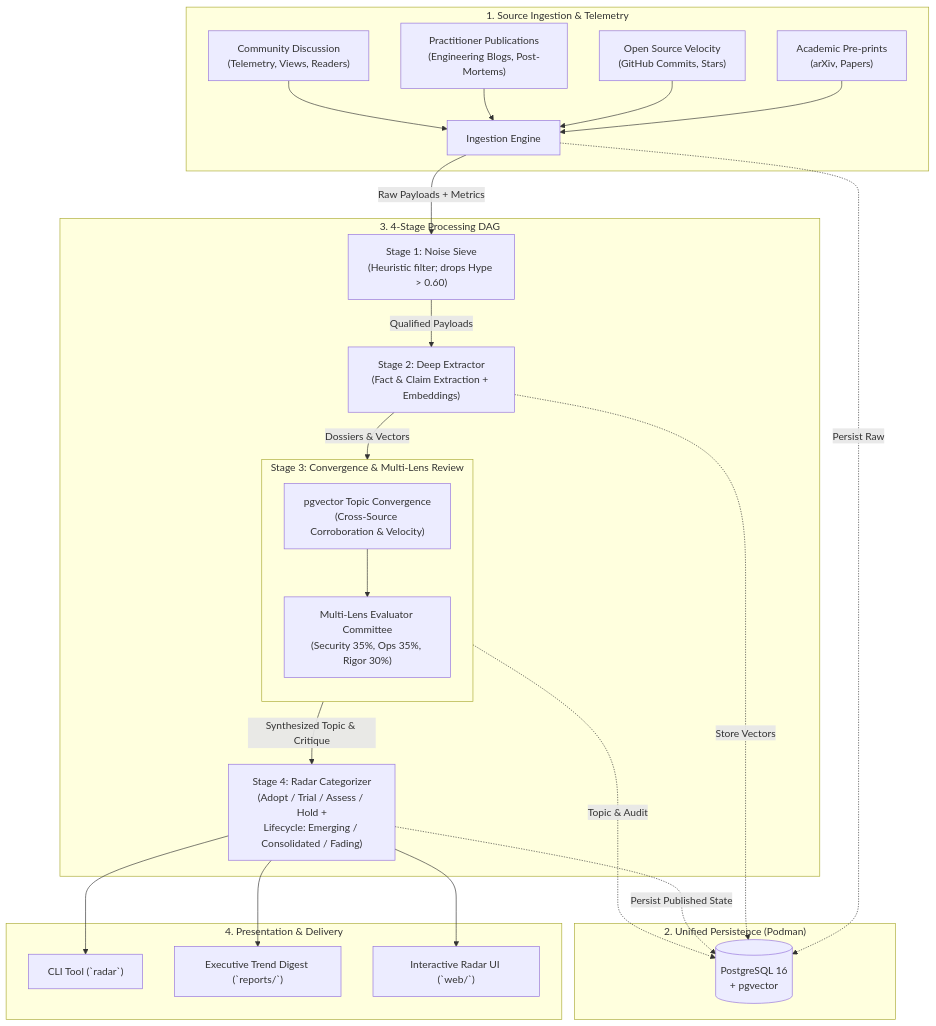
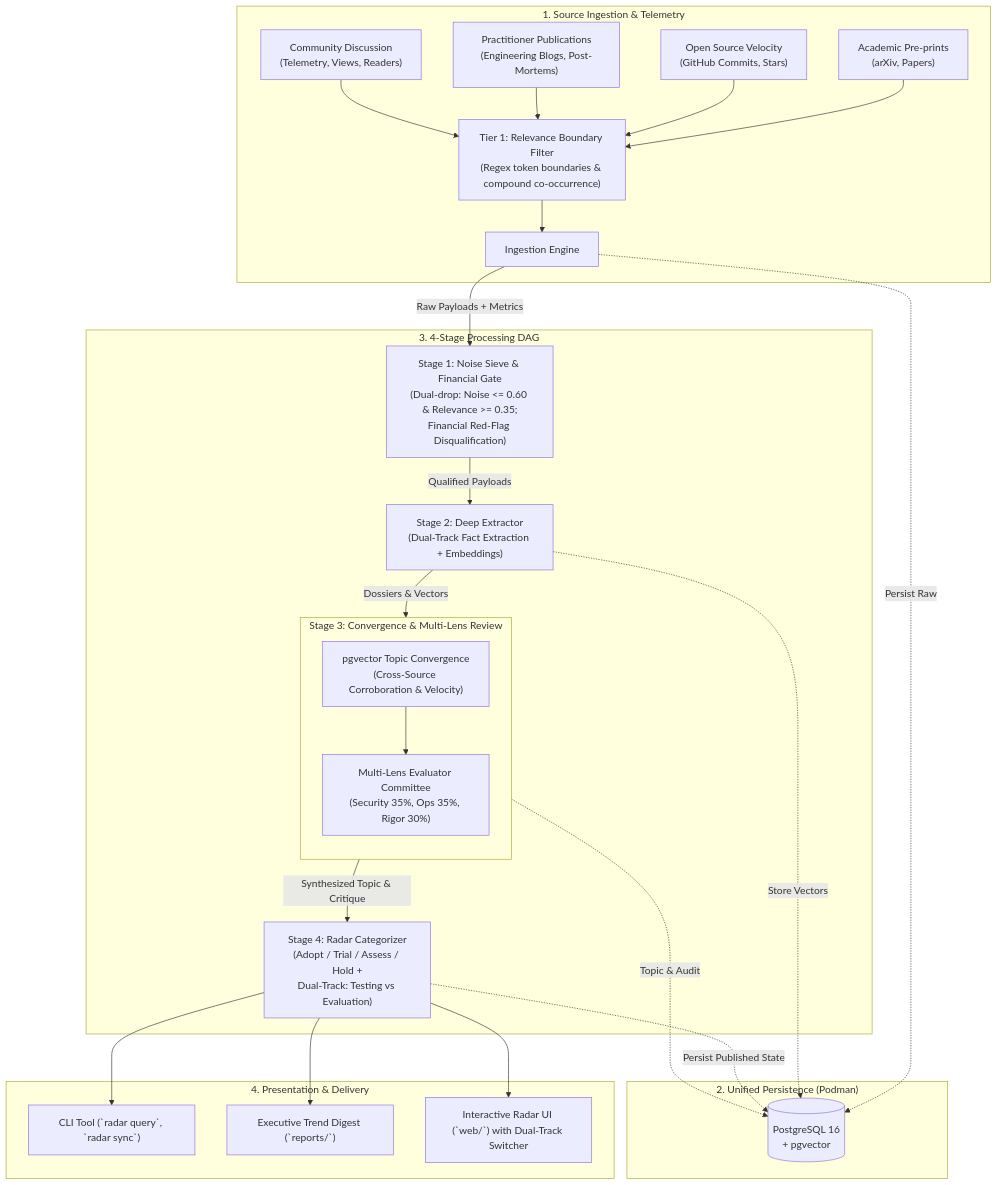
Before and after one commit to cdr74/trend_research: the diagram in README.md, drawn with Mermaid. The commit also changed other lines of this file and 2 other files, not shown here.

Commit message:
docs: update README and USER_GUIDE for dual-track architecture and UI switcher (Ref: ADR-0021, Backlog M6)

````diff
--- a/README.md
+++ b/README.md
@@ -33,39 +33,40 @@
 ```mermaid
 flowchart TD
     subgraph Ingestion ["1. Source Ingestion & Telemetry"]
-        A1["Academic Pre-prints\n(arXiv, Papers)"] --> ING["Ingestion Engine"]
-        A2["Open Source Velocity\n(GitHub Commits, Stars)"] --> ING
-        A3["Practitioner Publications\n(Engineering Blogs, Post-Mortems)"] --> ING
-        A4["Community Discussion\n(Telemetry, Views, Readers)"] --> ING
+        A1["Academic Pre-prints\n(arXiv, Papers)"] --> FILT["Tier 1: Relevance Boundary Filter\n(Regex token boundaries & compound co-occurrence)"]
+        A2["Open Source Velocity\n(GitHub Commits, Stars)"] --> FILT
+        A3["Practitioner Publications\n(Engineering Blogs, Post-Mortems)"] --> FILT
+        A4["Community Discussion\n(Telemetry, Views, Readers)"] --> FILT
+        FILT --> ING["Ingestion Engine"]
     end
 
     subgraph Storage ["2. Unified Persistence (Podman)"]
         DB[("PostgreSQL 16\n+ pgvector")]
     end
 
     subgraph Pipeline ["3. 4-Stage Processing DAG"]
-        ING -->|"Raw Payloads + Metrics"| S1["Stage 1: Noise Sieve\n(Heuristic filter; drops Hype > 0.60)"]
-        S1 -->|"Qualified Payloads"| S2["Stage 2: Deep Extractor\n(Fact & Claim Extraction + Embeddings)"]
+        ING -->|"Raw Payloads + Metrics"| S1["Stage 1: Noise Sieve & Financial Gate\n(Dual-drop: Noise <= 0.60 & Relevance >= 0.35;\nFinancial Red-Flag Disqualification)"]
+        S1 -->|"Qualified Payloads"| S2["Stage 2: Deep Extractor\n(Dual-Track Fact Extraction + Embeddings)"]
         
         subgraph S3 ["Stage 3: Convergence & Multi-Lens Review"]
             direction TB
             CORR["pgvector Topic Convergence\n(Cross-Source Corroboration & Velocity)"]
             COMM["Multi-Lens Evaluator Committee\n(Security 35%, Ops 35%, Rigor 30%)"]
             CORR --> COMM
         end
 
         S2 -->|"Dossiers & Vectors"| S3
-        S3 -->|"Synthesized Topic & Critique"| S4["Stage 4: Radar Categorizer\n(Adopt / Trial / Assess / Hold +\nLifecycle: Emerging / Consolidated / Fading)"]
+        S3 -->|"Synthesized Topic & Critique"| S4["Stage 4: Radar Categorizer\n(Adopt / Trial / Assess / Hold +\nDual-Track: Testing vs Evaluation)"]
     end
 
     ING -.->|"Persist Raw"| DB
     S2 -.->|"Store Vectors"| DB
     S3 -.->|"Topic & Audit"| DB
     S4 -.->|"Persist Published State"| DB
 
     subgraph Presentation ["4. Presentation & Delivery"]
-        S4 --> CLI["CLI Tool (`radar`)"]
+        S4 --> CLI["CLI Tool (`radar query`, `radar sync`)"]
         S4 --> REP["Executive Trend Digest (`reports/`)"]
-        S4 --> WEB["Interactive Radar UI (`web/`)"]
+        S4 --> WEB["Interactive Radar UI (`web/`) with Dual-Track Switcher"]
     end
 ```
````
